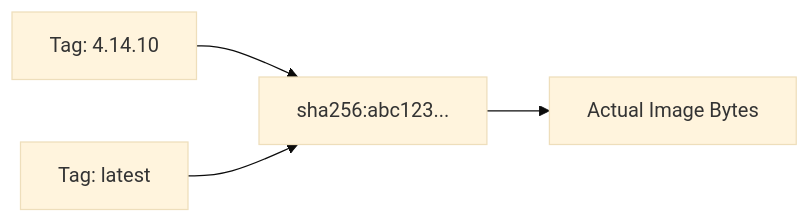
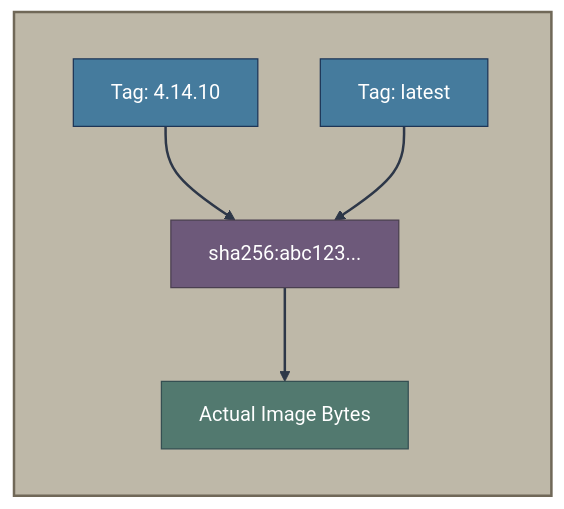
The fourth of 5 diagrams in 00-concepts-glossary.md (zszabo-rh/openshift-install-guide), drawn with Mermaid (base theme) before and after one commit. The commit also changed other lines of this file and 16 other files, not shown here.

Commit message:
improved diagram style

````diff
--- a/00-concepts-glossary.md
+++ b/00-concepts-glossary.md
@@ -227,7 +267,18 @@
 ```mermaid
 graph LR
-    TAG[Tag: 4.14.10] --> DIGEST1[sha256:abc123...]
-    TAG2[Tag: latest] --> DIGEST1
+    subgraph background[" "]
+        TAG[Tag: 4.14.10] --> DIGEST1[sha256:abc123...]
+        TAG2[Tag: latest] --> DIGEST1
+        
+        DIGEST1 --> IMAGE[Actual Image Bytes]
+    end
     
-    DIGEST1 --> IMAGE[Actual Image Bytes]
+    style TAG fill:#457b9d,stroke:#1d3557,color:#fff
+    style TAG2 fill:#457b9d,stroke:#1d3557,color:#fff
+    style DIGEST1 fill:#6d597a,stroke:#4a3f50,color:#fff
+    style IMAGE fill:#52796f,stroke:#354f52,color:#fff
+    
+    style background fill:#beb8a8,stroke:#706858,stroke-width:2px,color:#2d2d2d
+    
+    linkStyle default stroke:#2d3748,stroke-width:2px
 ```
````
